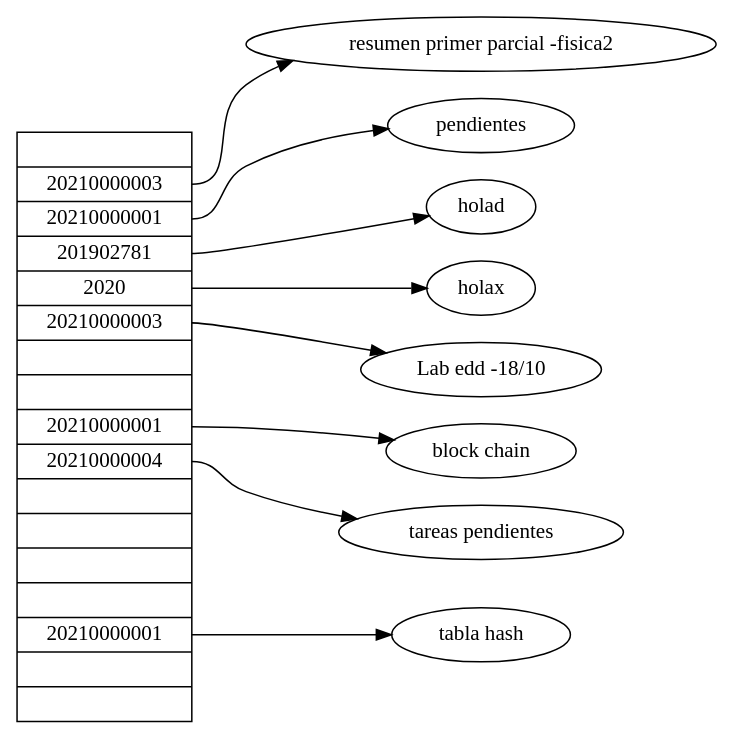
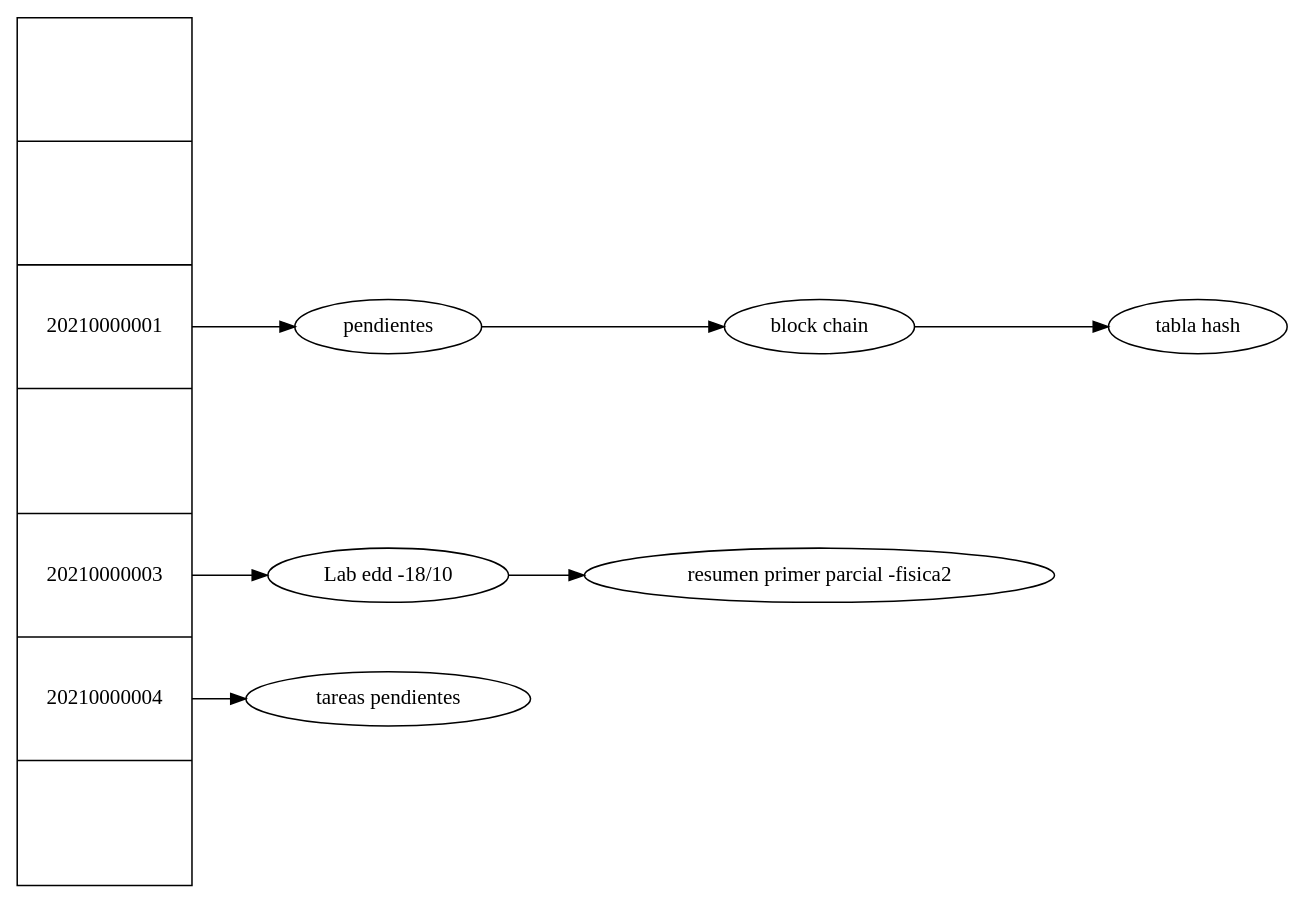
Before and after one commit to rodriporon/EDD_SmartClass_201902781: the diagram in Fase 3/frontend/src/pages/TablaHash/TablaHash.dot, drawn with Graphviz. The commit also changed 4 other files, not shown here.

Commit message:
se corrigio error de tabla hash graphviz

```diff
--- a/Fase 3/frontend/src/pages/TablaHash/TablaHash.dot
+++ b/Fase 3/frontend/src/pages/TablaHash/TablaHash.dot
@@ -1,20 +1,16 @@
 digraph structs {
  rankdir=LR node[shape=record]; 
-struct1 [label="<f0> |<f1> 20210000003|<f2> 20210000001|<f3> 201902781|<f4> 2020|<f5> 20210000003|<f6> |<f7> |<f8> 20210000001|<f9> 20210000004|<f10> |<f11> |<f12> |<f13> |<f14> 20210000001|<f15> |<f16> "];n10 [shape=ellipse, label="resumen primer parcial -fisica2"] 
-struct1:f1 -> n10 
-n20 [shape=ellipse, label="pendientes"] 
-struct1:f2 -> n20 
-n30 [shape=ellipse, label="holad"] 
-struct1:f3 -> n30 
-n40 [shape=ellipse, label="holax"] 
-struct1:f4 -> n40 
-n50 [shape=ellipse, label="Lab edd -18/10"] 
-struct1:f5 -> n50 
-n80 [shape=ellipse, label="block chain"] 
-struct1:f8 -> n80 
-n90 [shape=ellipse, label="tareas pendientes"] 
-struct1:f9 -> n90 
-n140 [shape=ellipse, label="tabla hash"] 
-struct1:f14 -> n140 
+struct1 [label="<f0> |<f1> |<f2> 20210000001|<f3> |<f4> 20210000003|<f5> 20210000004|<f6> " height=8];
+n20 [shape=ellipse, label="pendientes" pos="16, -2!"]struct1:f2 -> n20 
+
+n21 [shape=ellipse, label="block chain" pos="18, -2!"]n20 -> n21 
+
+n22 [shape=ellipse, label="tabla hash" pos="20, -2!"]n21 -> n22 
+
+n40 [shape=ellipse, label="Lab edd -18/10" pos="16, -4!"]struct1:f4 -> n40 
+
+n41 [shape=ellipse, label="resumen primer parcial -fisica2" pos="18, -4!"]n40 -> n41 
+
+n50 [shape=ellipse, label="tareas pendientes" pos="16, -5!"]struct1:f5 -> n50 
 
 }
```
